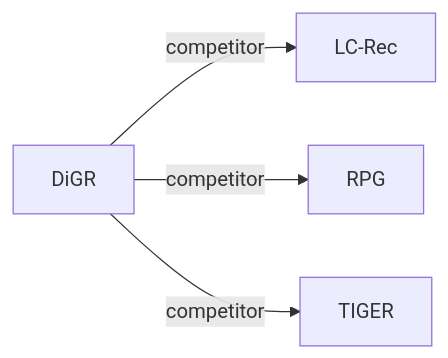
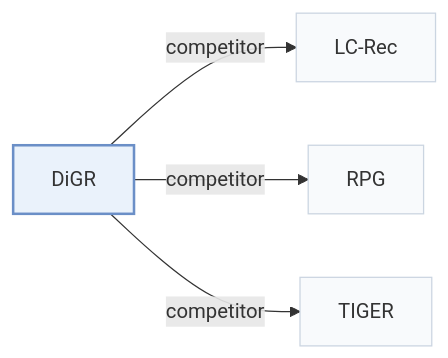
The second of 2 diagrams in pages/papers/digr.md (Galaxy-ghost/Awesome-SID-Generative-Rec), drawn with Mermaid before and after one commit. The commit also changed other lines of this file and 649 other files, not shown here.

Commit message:
writer-05: also tags and modality index (schema, check, build, visuals); summary field removed; calibration data for 12 papers

````diff
--- a/pages/papers/digr.md
+++ b/pages/papers/digr.md
@@ -68,7 +73,11 @@
 ```mermaid
 flowchart LR
     P["DiGR"]
-    P -->|competitor| A["LC-Rec"]
-    P -->|competitor| B["RPG"]
-    P -->|competitor| C["TIGER"]
+    P -->|"competitor"| A["LC-Rec"]
+    P -->|"competitor"| B["RPG"]
+    P -->|"competitor"| C["TIGER"]
+    classDef main fill:#eaf2fb,stroke:#6b8fc7,stroke-width:2px
+    classDef peer fill:#f8fafc,stroke:#cbd5e1
+    class P main
+    class A,B,C peer
 ```
````
